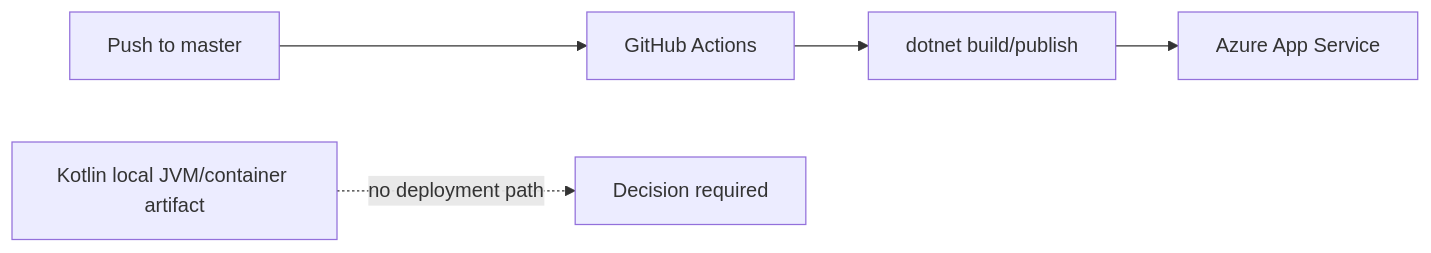
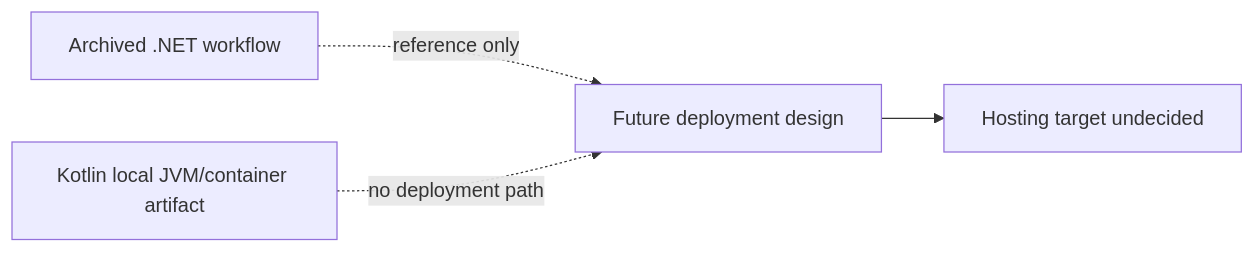
The diagram in tcc/07 - Operations/Operations Inventory.md (UmBender/sparql-query-easy), drawn with Mermaid before and after one commit. The commit also changed other lines of this file and 45 other files, not shown here.

````diff
--- a/tcc/07 - Operations/Operations Inventory.md
+++ b/tcc/07 - Operations/Operations Inventory.md
@@ -12,7 +18,6 @@
 ```mermaid
 flowchart LR
-  Push[Push to master] --> GH[GitHub Actions]
-  GH --> Dotnet[dotnet build/publish]
-  Dotnet --> Azure[Azure App Service]
-  Kotlin[Kotlin local JVM/container artifact] -. no deployment path .-> Unknown[Decision required]
+  Archive[Archived .NET workflow] -. reference only .-> Decision[Future deployment design]
+  Kotlin[Kotlin local JVM/container artifact] -. no deployment path .-> Decision
+  Decision --> Unknown[Hosting target undecided]
 ```
````
